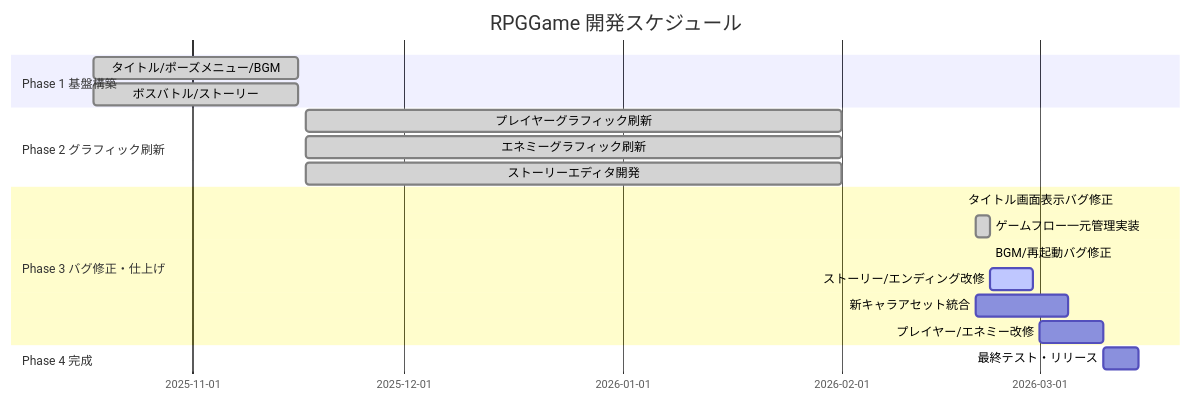
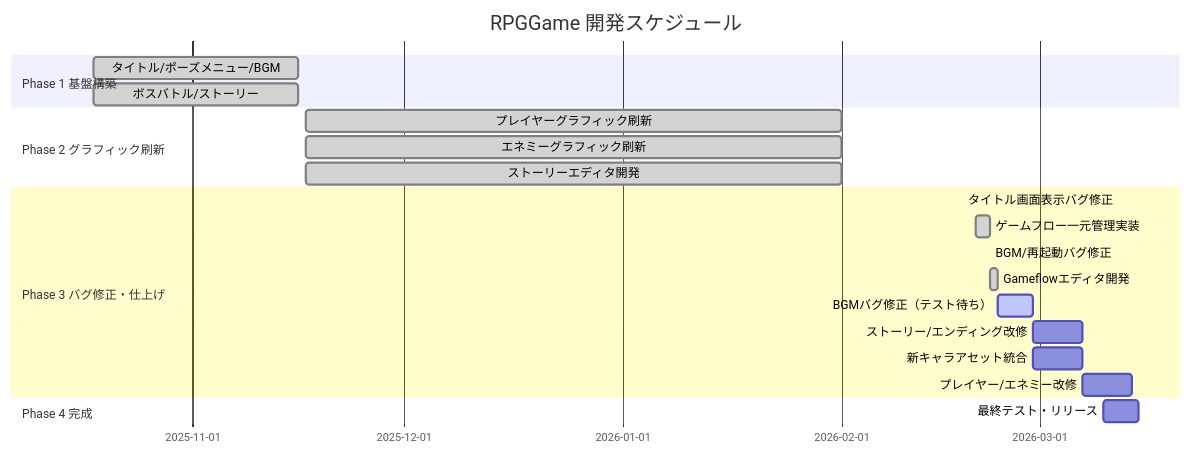
The diagram in PROJECT_STATUS.md (TakaI2/RPG-Game), drawn with Mermaid before and after one commit. The commit also changed other lines of this file and 13 other files, not shown here.

````diff
--- a/PROJECT_STATUS.md
+++ b/PROJECT_STATUS.md
@@ -72,21 +77,23 @@
 ```mermaid
 gantt
     title RPGGame 開発スケジュール
     dateFormat YYYY-MM-DD
     section Phase 1 基盤構築
     タイトル/ポーズメニュー/BGM    :done, phase1a, 2025-10-18, 2025-11-16
     ボスバトル/ストーリー           :done, phase1b, 2025-10-18, 2025-11-16
     section Phase 2 グラフィック刷新
     プレイヤーグラフィック刷新      :done, phase2a, 2025-11-17, 2026-02-01
     エネミーグラフィック刷新        :done, phase2b, 2025-11-17, 2026-02-01
     ストーリーエディタ開発          :done, phase2c, 2025-11-17, 2026-02-01
     section Phase 3 バグ修正・仕上げ
     タイトル画面表示バグ修正        :done, phase3a, 2026-02-18, 2026-02-18
     ゲームフロー一元管理実装        :done, phase3b, 2026-02-20, 2026-02-22
     BGM/再起動バグ修正             :done, phase3c, 2026-02-22, 2026-02-22
-    ストーリー/エンディング改修     :active, phase3d, 2026-02-22, 2026-02-28
-    新キャラアセット統合            :phase3c, 2026-02-20, 2026-03-05
-    プレイヤー/エネミー改修         :phase3d, 2026-03-01, 2026-03-10
+    Gameflowエディタ開発            :done, phase3c, 2026-02-22, 2026-02-23
+    BGMバグ修正（テスト待ち）       :active, phase3d, 2026-02-23, 2026-02-28
+    ストーリー/エンディング改修     :phase3e, 2026-02-28, 2026-03-07
+    新キャラアセット統合            :phase3f, 2026-02-28, 2026-03-07
+    プレイヤー/エネミー改修         :phase3g, 2026-03-07, 2026-03-14
     section Phase 4 完成
     最終テスト・リリース            :phase4, 2026-03-10, 2026-03-15
 ```
````
